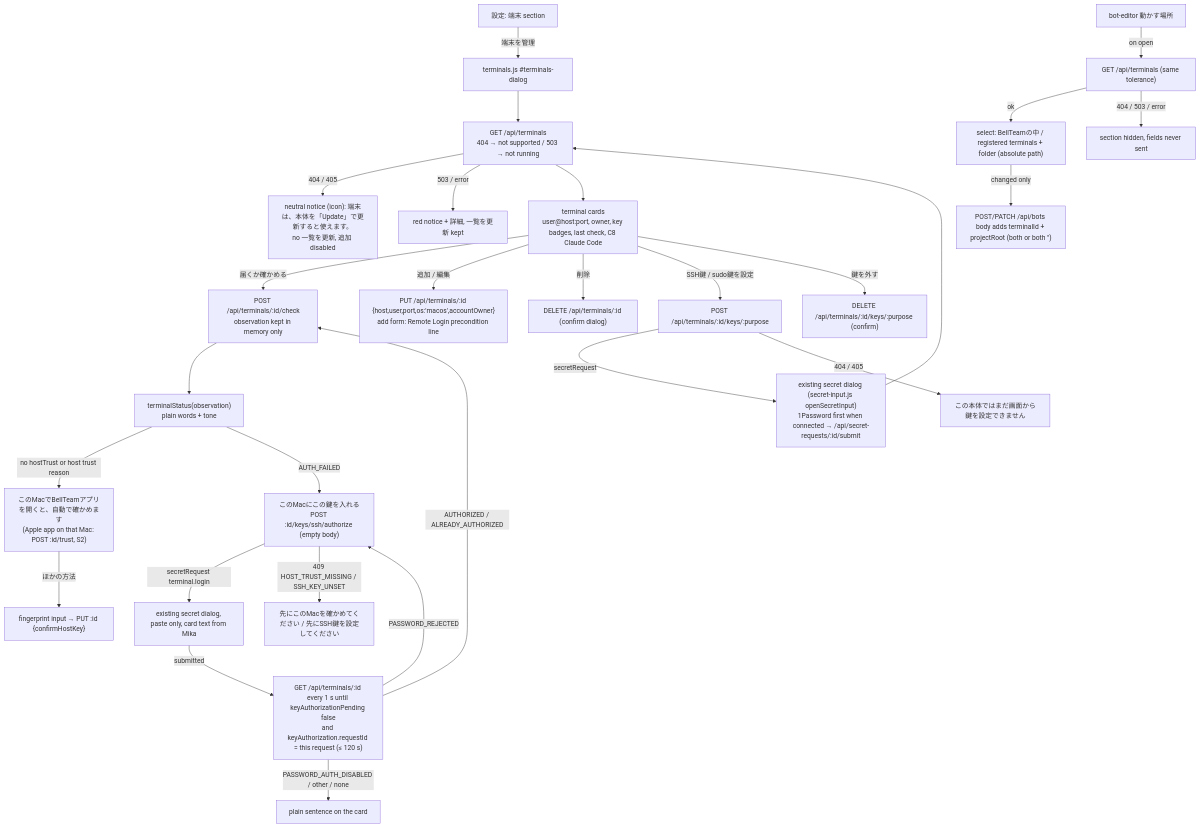
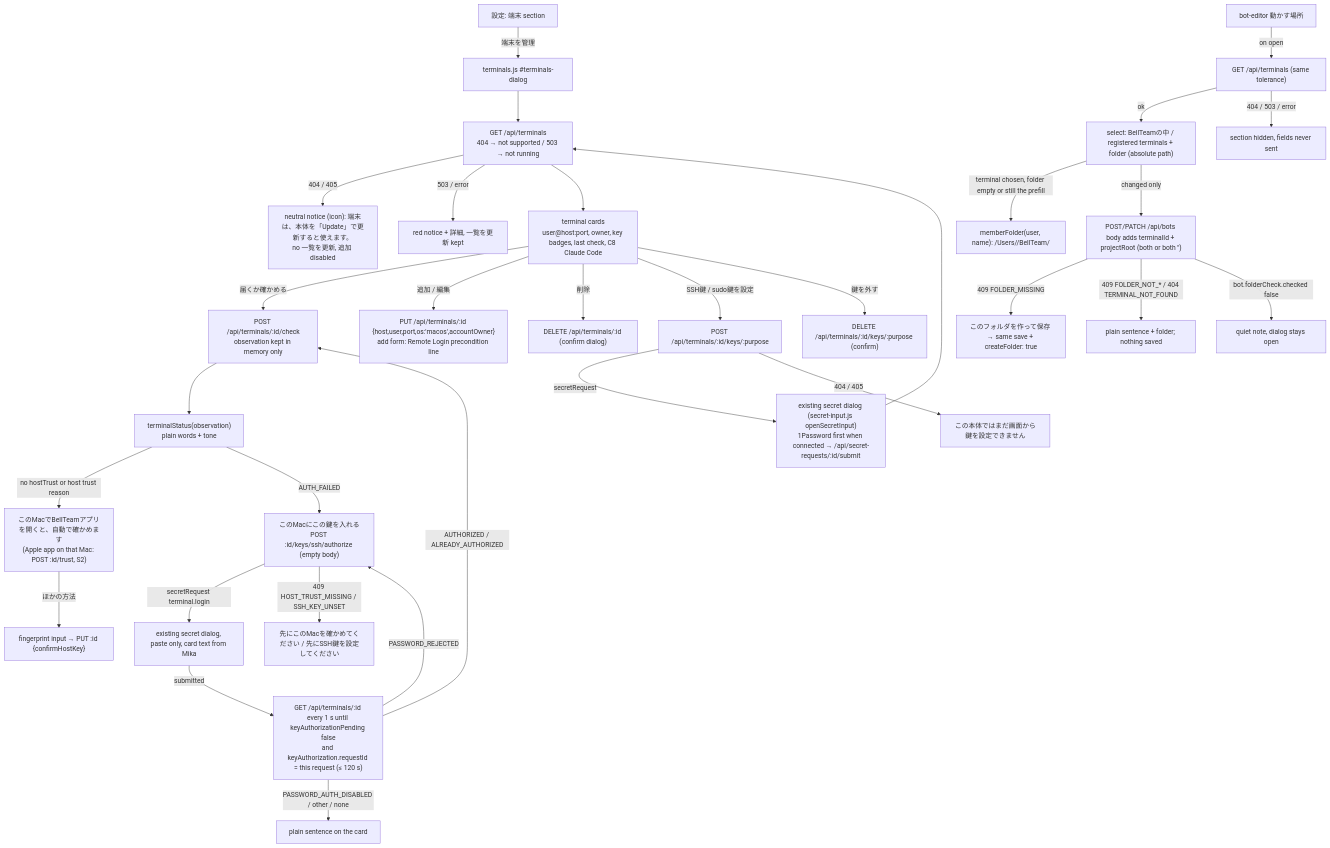
The third of 3 diagrams in docs/architecture/modules/web/README.md (kitepon/BellTeam), drawn with Mermaid before and after one commit. The commit also changed other lines of this file and 4 other files, not shown here.

First line of the commit message:
Web member editor: folder check on save (members S5)

````diff
--- a/docs/architecture/modules/web/README.md
+++ b/docs/architecture/modules/web/README.md
@@ -101,30 +101,34 @@
 ```mermaid
 flowchart TD
   Settings[設定: 端末 section] -->|端末を管理| Dialog["terminals.js #terminals-dialog"]
   Dialog --> List["GET /api/terminals<br/>404 → not supported / 503 → not running"]
   List -->|404 / 405| Waiting["neutral notice (icon): 端末は、本体を「Update」で更新すると使えます。<br/>no 一覧を更新, 追加 disabled"]
   List -->|503 / error| Failed["red notice + 詳細, 一覧を更新 kept"]
   List --> Cards["terminal cards<br/>user@host:port, owner, key badges, last check, C8 Claude Code"]
   Cards -->|届くか確かめる| Check["POST /api/terminals/:id/check<br/>observation kept in memory only"]
   Check --> Badge["terminalStatus(observation)<br/>plain words + tone"]
   Badge -->|no hostTrust or host trust reason| Auto["このMacでBellTeamアプリを開くと、自動で確かめます<br/>(Apple app on that Mac: POST :id/trust, S2)"]
   Auto -->|ほかの方法| Confirm["fingerprint input → PUT :id {confirmHostKey}"]
   Badge -->|AUTH_FAILED| Authorize["このMacにこの鍵を入れる<br/>POST :id/keys/ssh/authorize (empty body)"]
   Authorize -->|secretRequest terminal.login| Login["existing secret dialog, paste only, card text from Mika"]
   Authorize -->|409 HOST_TRUST_MISSING / SSH_KEY_UNSET| Before["先にこのMacを確かめてください / 先にSSH鍵を設定してください"]
   Login -->|submitted| Wait["GET /api/terminals/:id every 1 s until keyAuthorizationPending false<br/>and keyAuthorization.requestId = this request (≤ 120 s)"]
   Wait -->|AUTHORIZED / ALREADY_AUTHORIZED| Check
   Wait -->|PASSWORD_REJECTED| Authorize
   Wait -->|PASSWORD_AUTH_DISABLED / other / none| AuthText["plain sentence on the card"]
   Cards -->|追加 / 編集| Form["PUT /api/terminals/:id {host,user,port,os:'macos',accountOwner}<br/>add form: Remote Login precondition line"]
   Cards -->|削除| Remove["DELETE /api/terminals/:id (confirm dialog)"]
   Cards -->|SSH鍵 / sudo鍵を設定| Key["POST /api/terminals/:id/keys/:purpose"]
   Key -->|secretRequest| Secret["existing secret dialog (secret-input.js openSecretInput)<br/>1Password first when connected → /api/secret-requests/:id/submit"]
   Key -->|404 / 405| NoRoute["この本体ではまだ画面から鍵を設定できません"]
   Secret --> List
   Cards -->|鍵を外す| Unbind["DELETE /api/terminals/:id/keys/:purpose (confirm)"]
   Editor["bot-editor 動かす場所"] -->|on open| List2["GET /api/terminals (same tolerance)"]
   List2 -->|ok| Fields["select: BellTeamの中 / registered terminals + folder (absolute path)"]
   List2 -->|404 / 503 / error| Hidden["section hidden, fields never sent"]
+  Fields -->|terminal chosen, folder empty or still the prefill| Prefill["memberFolder(user, name): /Users/<user>/BellTeam/<slug>"]
   Fields -->|changed only| Body["POST/PATCH /api/bots body adds terminalId + projectRoot (both or both '')"]
+  Body -->|409 FOLDER_MISSING| Create["このフォルダを作って保存 → same save + createFolder: true"]
+  Body -->|409 FOLDER_NOT_* / 404 TERMINAL_NOT_FOUND| FolderText["plain sentence + folder; nothing saved"]
+  Body -->|bot.folderCheck.checked false| Unchecked["quiet note, dialog stays open"]
 ```
````
